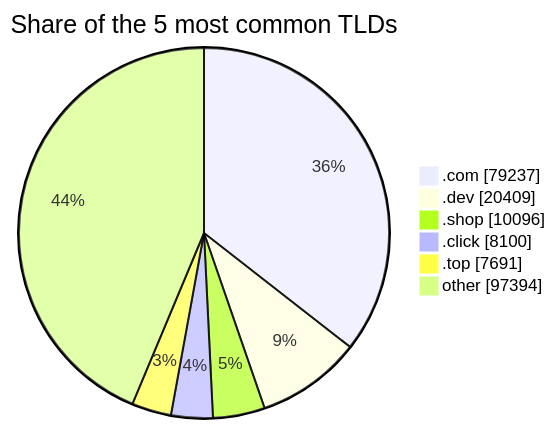
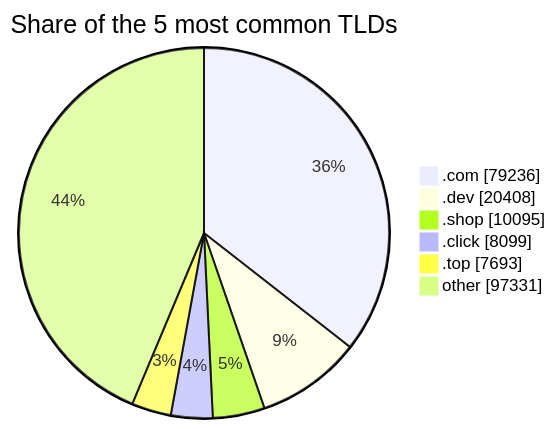
Before and after one commit to DNSBunker/CTI: the third of 3 diagrams in README.md, drawn with Mermaid. The commit also changed other lines of this file and 3 other files, not shown here.

````diff
--- a/README.md
+++ b/README.md
@@ -81,9 +81,9 @@
 ```mermaid
 pie showData title Share of the 5 most common TLDs
-    ".com" : 79237
-    ".dev" : 20409
-    ".shop" : 10096
-    ".click" : 8100
-    ".top" : 7691
-    "other" : 97394
+    ".com" : 79236
+    ".dev" : 20408
+    ".shop" : 10095
+    ".click" : 8099
+    ".top" : 7693
+    "other" : 97331
 ```
````
